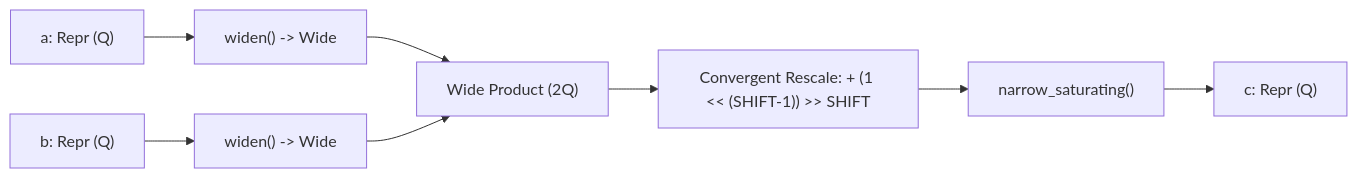
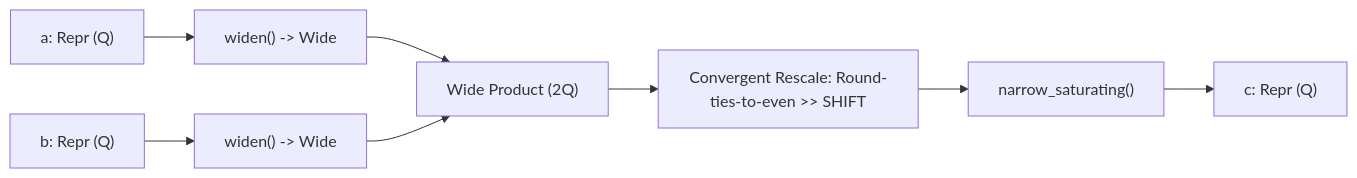
Before and after one commit to Dyse-Industries/control-rs: the second of 2 diagrams in documentation/math/fixed-num-design.md, drawn with Mermaid. The commit also changed other lines of this file and 178 other files, not shown here.

````diff
--- a/documentation/math/fixed-num-design.md
+++ b/documentation/math/fixed-num-design.md
@@ -233,10 +236,10 @@
 ```mermaid
 flowchart LR
     A["a: Repr (Q)"] --> W1["widen() -> Wide"]
     B["b: Repr (Q)"] --> W2["widen() -> Wide"]
     W1 --> M["Wide Product (2Q)"]
     W2 --> M
-    M --> R["Convergent Rescale: + (1 << (SHIFT-1)) >> SHIFT"]
+    M --> R["Convergent Rescale: Round-ties-to-even >> SHIFT"]
     R --> N["narrow_saturating()"]
     N --> C["c: Repr (Q)"]
 ```
````
